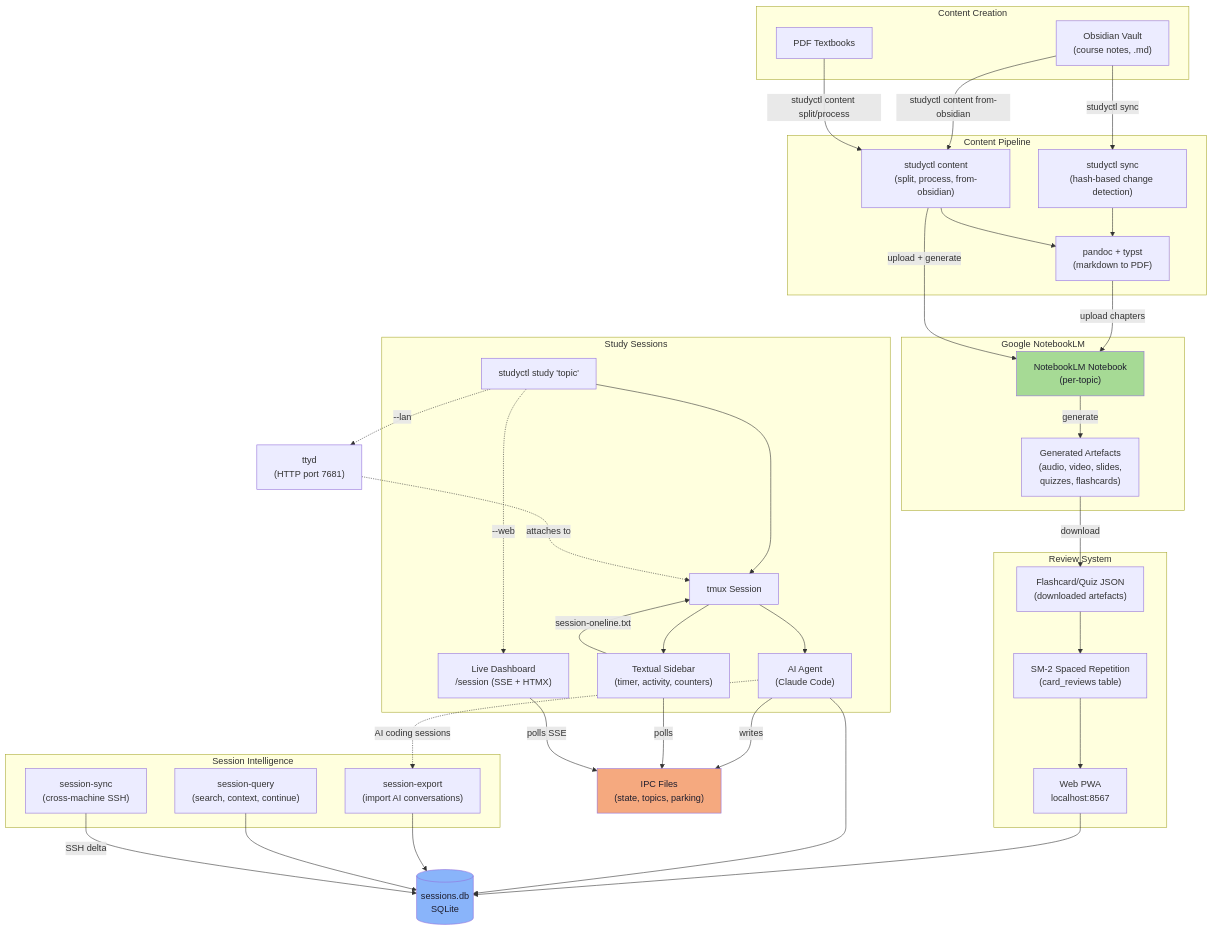
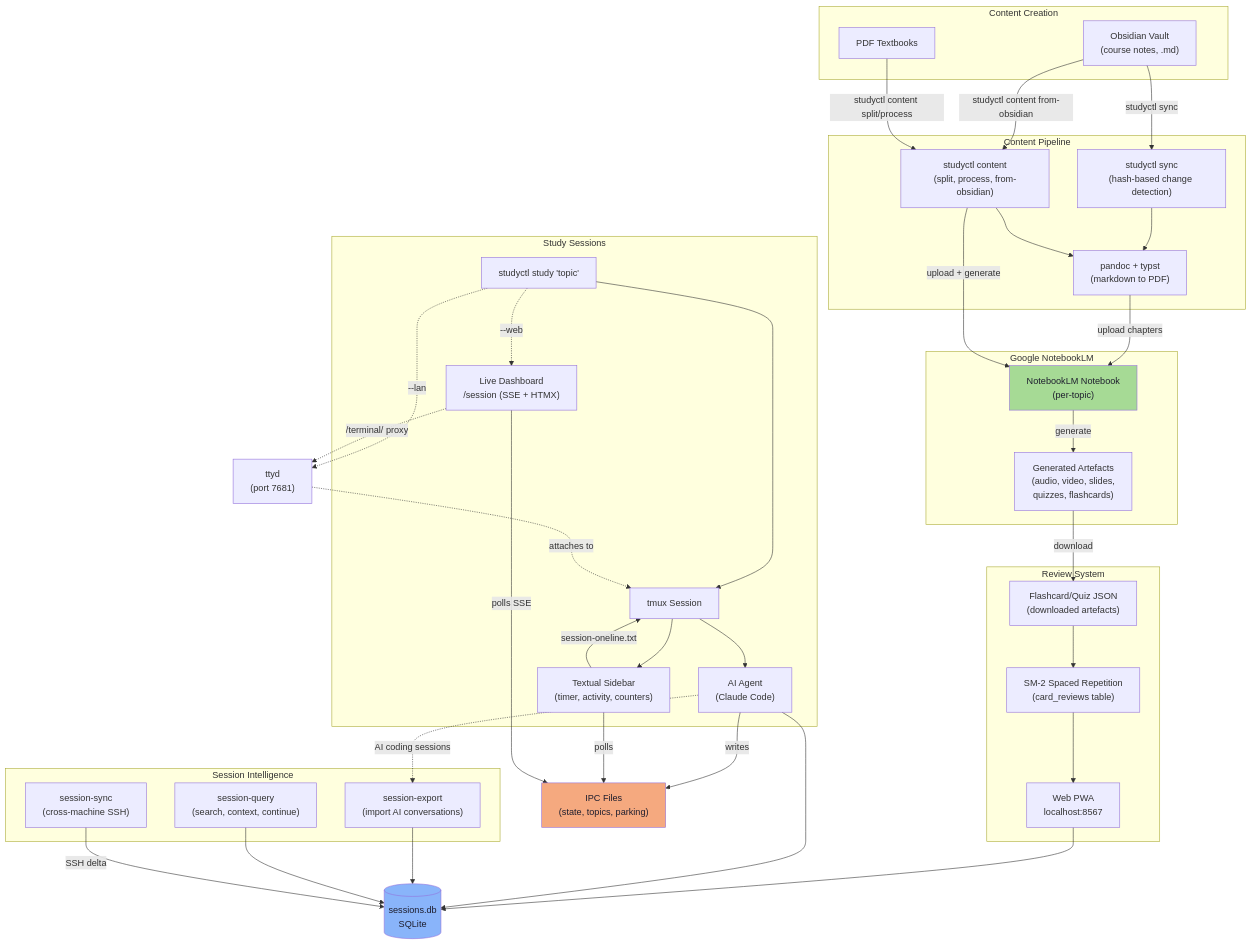
The first of 8 diagrams in docs/system-overview.md (NetDevAutomate/StudyLoop), drawn with Mermaid before and after one commit. The commit also changed other lines of this file and 19 other files, not shown here.

````diff
--- a/docs/system-overview.md
+++ b/docs/system-overview.md
@@ -9,74 +9,75 @@
 ```mermaid
 graph TB
     subgraph "Content Creation"
         OV["Obsidian Vault<br/>(course notes, .md)"]
         PDF["PDF Textbooks"]
     end
 
     subgraph "Content Pipeline"
         SYNC["studyctl sync<br/>(hash-based change detection)"]
         CONTENT["studyctl content<br/>(split, process, from-obsidian)"]
         PANDOC["pandoc + typst<br/>(markdown to PDF)"]
     end
 
     subgraph "Google NotebookLM"
         NB["NotebookLM Notebook<br/>(per-topic)"]
         ART["Generated Artefacts<br/>(audio, video, slides,<br/>quizzes, flashcards)"]
     end
 
     subgraph "Review System"
         FC["Flashcard/Quiz JSON<br/>(downloaded artefacts)"]
         SM2["SM-2 Spaced Repetition<br/>(card_reviews table)"]
         WEB["Web PWA<br/>localhost:8567"]
     end
 
     subgraph "Study Sessions"
         STUDY["studyctl study 'topic'"]
         TMUX["tmux Session"]
         AGENT["AI Agent<br/>(Claude Code)"]
         SIDEBAR["Textual Sidebar<br/>(timer, activity, counters)"]
         DASH["Live Dashboard<br/>/session (SSE + HTMX)"]
     end
 
     subgraph "Session Intelligence"
         EXPORT["session-export<br/>(import AI conversations)"]
         QUERY["session-query<br/>(search, context, continue)"]
         SSYNC["session-sync<br/>(cross-machine SSH)"]
     end
 
     DB[(sessions.db<br/>SQLite)]
     IPC["IPC Files<br/>(state, topics, parking)"]
 
     OV -->|"studyctl sync"| SYNC
     OV -->|"studyctl content from-obsidian"| CONTENT
     PDF -->|"studyctl content split/process"| CONTENT
     SYNC --> PANDOC -->|upload chapters| NB
     CONTENT --> PANDOC
     CONTENT -->|upload + generate| NB
     NB -->|generate| ART
     ART -->|download| FC
     FC --> SM2
     SM2 --> WEB
     WEB --> DB
 
     STUDY --> TMUX
     TMUX --> AGENT
     TMUX --> SIDEBAR
     STUDY -.->|"--web"| DASH
-    STUDY -.->|"--lan"| TTYD["ttyd<br/>(HTTP port 7681)"]
+    STUDY -.->|"--lan"| TTYD["ttyd<br/>(port 7681)"]
     TTYD -.->|"attaches to"| TMUX
+    DASH -.->|"/terminal/ proxy"| TTYD
     AGENT -->|writes| IPC
     SIDEBAR -->|polls| IPC
     DASH -->|polls SSE| IPC
     AGENT --> DB
     SIDEBAR -->|session-oneline.txt| TMUX
 
     AGENT -.->|"AI coding sessions"| EXPORT
     EXPORT --> DB
     QUERY --> DB
     SSYNC -->|"SSH delta"| DB
 
     style DB fill:#89b4fa,color:#1e1e2e
     style IPC fill:#f5a97f,color:#1e1e2e
     style NB fill:#a6da95,color:#1e1e2e
 ```
````
